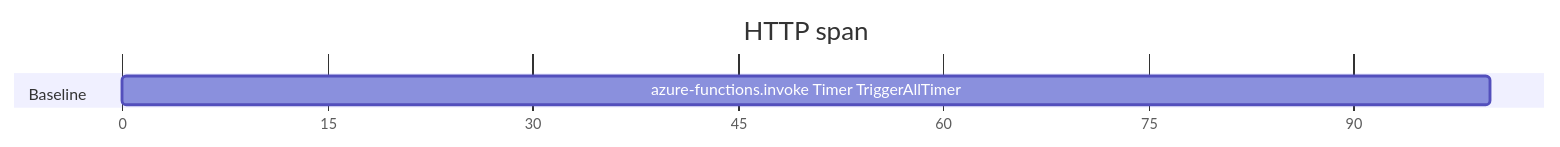
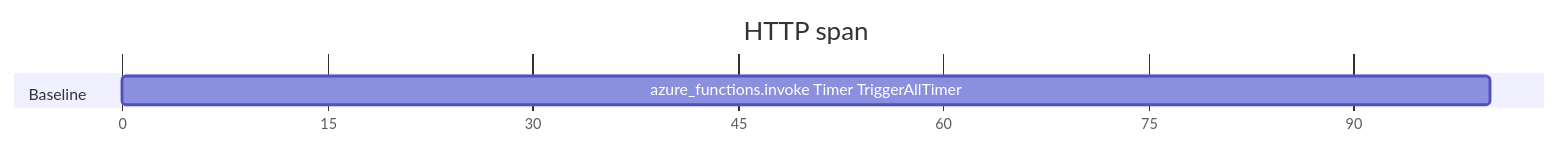
The third of 3 diagrams in docs/development/AzureFunctions.md (DataDog/dd-trace-dotnet), drawn with Mermaid before and after one commit. The commit also changed other lines of this file, not shown here.

````diff
--- a/docs/development/AzureFunctions.md
+++ b/docs/development/AzureFunctions.md
@@ -71,9 +71,9 @@
 ```mermaid
 gantt
     title HTTP span 
     dateFormat  X
     axisFormat %s
     todayMarker off
     section Baseline
-    azure-functions.invoke Timer TriggerAllTimer : 0, 100
+    azure_functions.invoke Timer TriggerAllTimer : 0, 100
 ```
````
